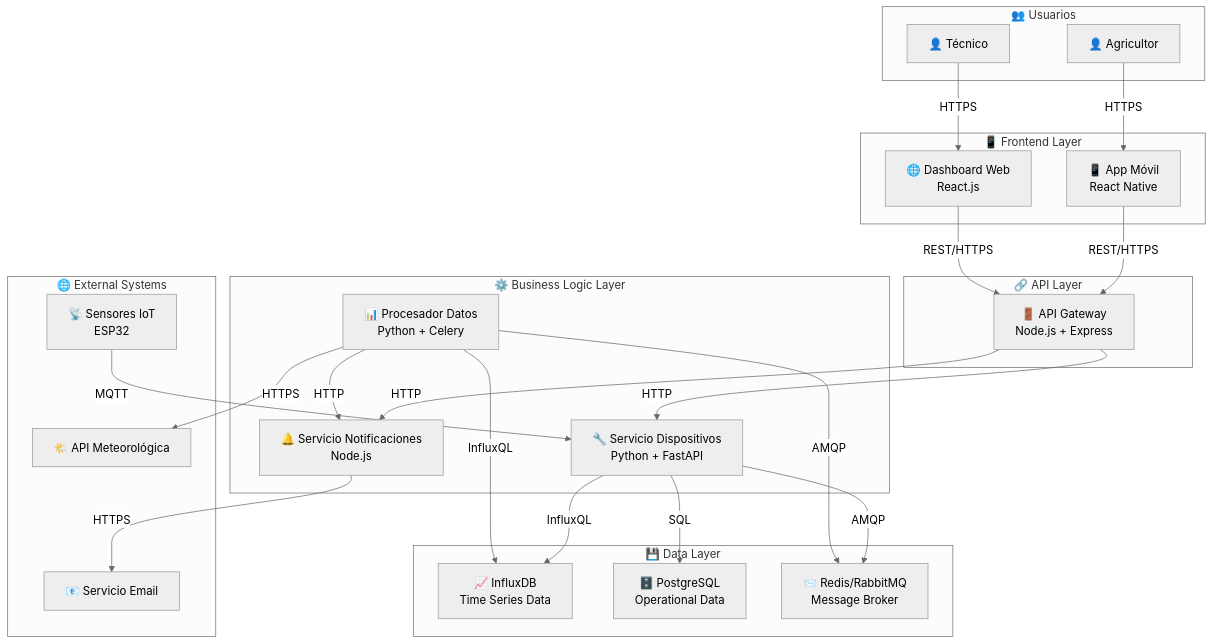
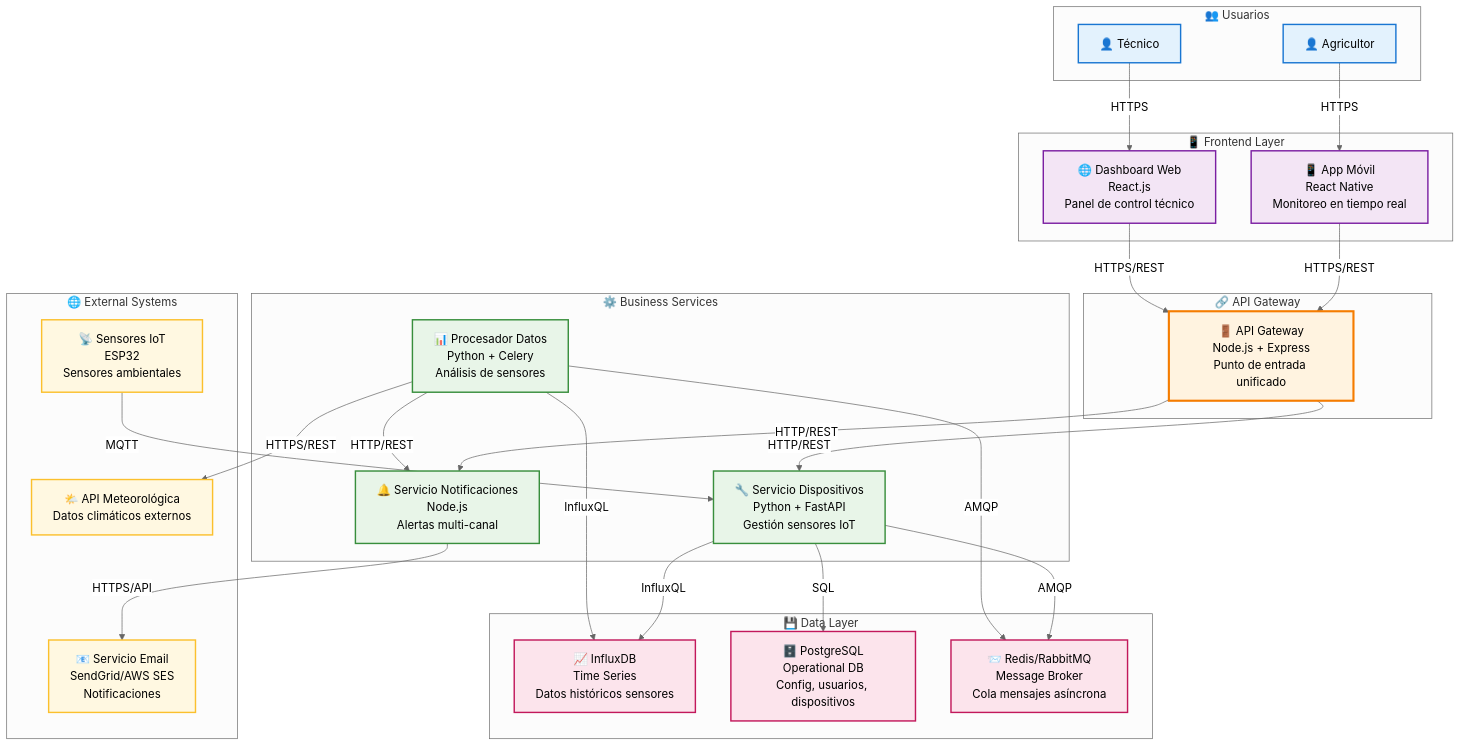
One commit to JanoverSaldana/apuntes-IoT changed the first of 3 diagrams in semana-4/C4-Diagrams-Guide/02-Container-Diagram.md. Above: the diagram before and after it, drawn with Mermaid (neutral theme). The commit also changed other lines of this file and 12 other files, not shown here.

Commit message:
Remove PlantUML diagrams and related documentation in favor of using Mermaid for GitHub visualization. Update README to reflect new diagramming approach and tools.

````diff
--- a/semana-4/C4-Diagrams-Guide/02-Container-Diagram.md
+++ b/semana-4/C4-Diagrams-Guide/02-Container-Diagram.md
@@ -289,61 +69,76 @@
 ```mermaid
 graph TB
     subgraph "👥 Usuarios"
         U1[👤 Agricultor]
         U2[👤 Técnico]
     end
     
     subgraph "📱 Frontend Layer"
-        F1[📱 App Móvil<br/>React Native]
-        F2[🌐 Dashboard Web<br/>React.js]
+        F1[📱 App Móvil<br/>React Native<br/>Monitoreo en tiempo real]
+        F2[🌐 Dashboard Web<br/>React.js<br/>Panel de control técnico]
     end
     
-    subgraph "🔗 API Layer"
-        A1[🚪 API Gateway<br/>Node.js + Express]
+    subgraph "🔗 API Gateway"
+        A1[🚪 API Gateway<br/>Node.js + Express<br/>Punto de entrada unificado]
     end
     
-    subgraph "⚙️ Business Logic Layer"
-        B1[🔧 Servicio Dispositivos<br/>Python + FastAPI]
-        B2[📊 Procesador Datos<br/>Python + Celery]
-        B3[🔔 Servicio Notificaciones<br/>Node.js]
+    subgraph "⚙️ Business Services"
+        B1[🔧 Servicio Dispositivos<br/>Python + FastAPI<br/>Gestión sensores IoT]
+        B2[📊 Procesador Datos<br/>Python + Celery<br/>Análisis de sensores]
+        B3[🔔 Servicio Notificaciones<br/>Node.js<br/>Alertas multi-canal]
     end
     
     subgraph "💾 Data Layer"
-        D1[📈 InfluxDB<br/>Time Series Data]
-        D2[🗄️ PostgreSQL<br/>Operational Data]
-        D3[📨 Redis/RabbitMQ<br/>Message Broker]
+        D1[📈 InfluxDB<br/>Time Series<br/>Datos históricos sensores]
+        D2[🗄️ PostgreSQL<br/>Operational DB<br/>Config, usuarios, dispositivos]
+        D3[📨 Redis/RabbitMQ<br/>Message Broker<br/>Cola mensajes asíncrona]
     end
     
     subgraph "🌐 External Systems"
-        E1[📡 Sensores IoT<br/>ESP32]
-        E2[🌤️ API Meteorológica]
-        E3[📧 Servicio Email]
+        E1[📡 Sensores IoT<br/>ESP32<br/>Sensores ambientales]
+        E2[🌤️ API Meteorológica<br/>Datos climáticos externos]
+        E3[📧 Servicio Email<br/>SendGrid/AWS SES<br/>Notificaciones]
     end
     
     %% User interactions
     U1 -->|HTTPS| F1
     U2 -->|HTTPS| F2
     
     %% Frontend to API
-    F1 -->|REST/HTTPS| A1
-    F2 -->|REST/HTTPS| A1
+    F1 -->|HTTPS/REST| A1
+    F2 -->|HTTPS/REST| A1
     
     %% API to Services
-    A1 -->|HTTP| B1
-    A1 -->|HTTP| B3
+    A1 -->|HTTP/REST| B1
+    A1 -->|HTTP/REST| B3
     
     %% Service interactions
     B1 -->|SQL| D2
     B1 -->|InfluxQL| D1
     B1 -->|AMQP| D3
     
     B2 -->|AMQP| D3
     B2 -->|InfluxQL| D1
-    B2 -->|HTTP| B3
+    B2 -->|HTTP/REST| B3
     
-    B3 -->|HTTPS| E3
+    B3 -->|HTTPS/API| E3
     
     %% External connections
     E1 -->|MQTT| B1
-    B2 -->|HTTPS| E2
+    B2 -->|HTTPS/REST| E2
+    
+    %% Estilos
+    classDef userStyle fill:#e3f2fd,stroke:#1976d2,stroke-width:2px
+    classDef frontendStyle fill:#f3e5f5,stroke:#7b1fa2,stroke-width:2px
+    classDef apiStyle fill:#fff3e0,stroke:#f57c00,stroke-width:3px
+    classDef serviceStyle fill:#e8f5e8,stroke:#388e3c,stroke-width:2px
+    classDef dataStyle fill:#fce4ec,stroke:#c2185b,stroke-width:2px
+    classDef externalStyle fill:#fff8e1,stroke:#fbc02d,stroke-width:2px
+    
+    class U1,U2 userStyle
+    class F1,F2 frontendStyle
+    class A1 apiStyle
+    class B1,B2,B3 serviceStyle
+    class D1,D2,D3 dataStyle
+    class E1,E2,E3 externalStyle
 ```
````
